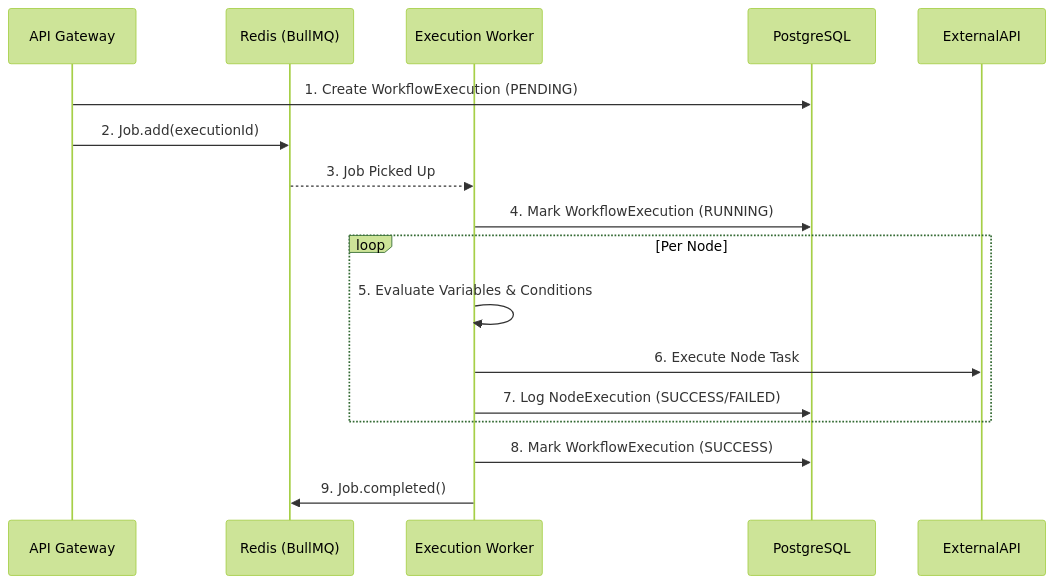
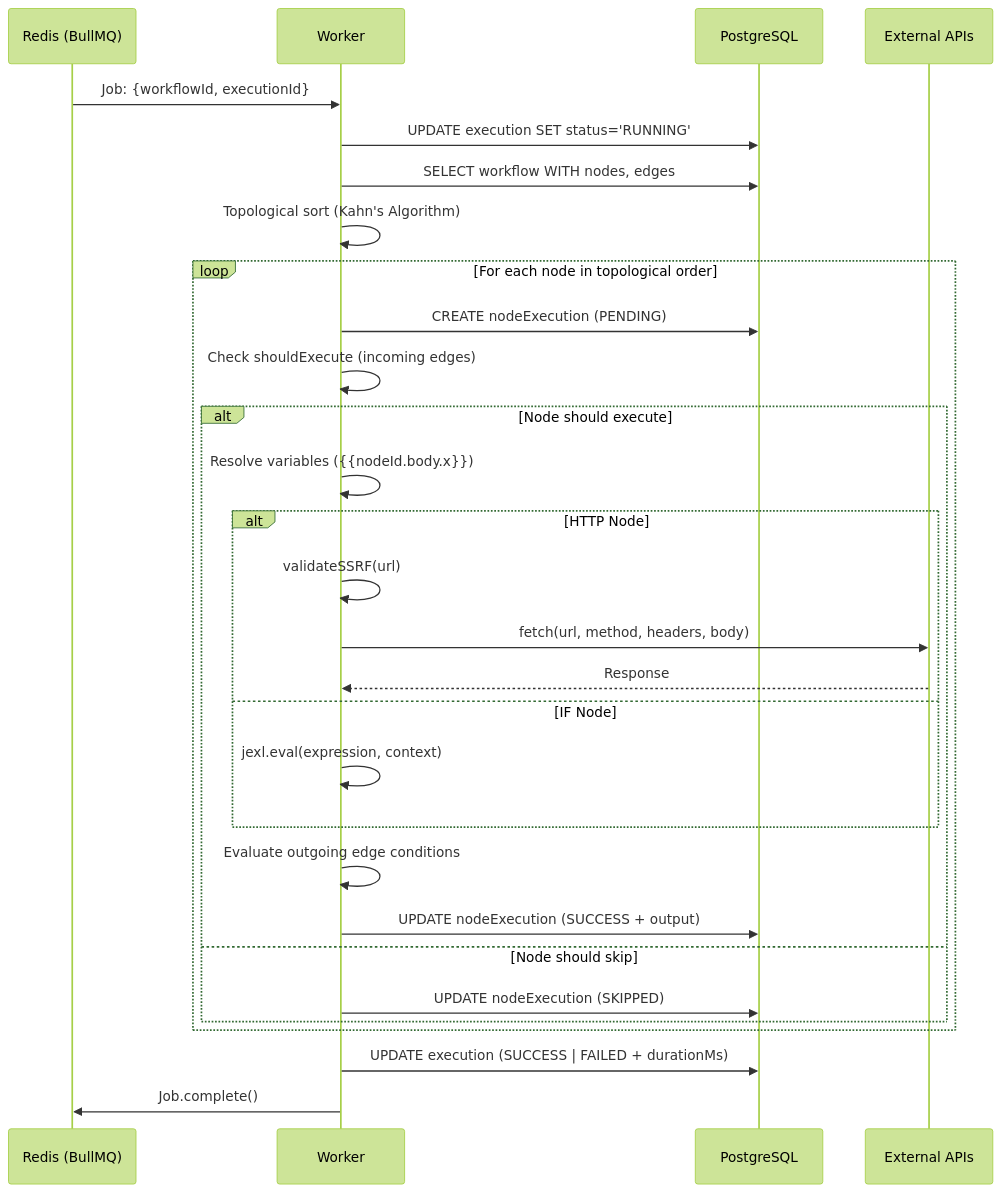
Before and after one commit to Ayush-o1/StarGate: the third of 6 diagrams in docs/architecture.md, drawn with Mermaid (forest theme). The commit also changed other lines of this file and 68 other files, not shown here.

````diff
--- a/docs/architecture.md
+++ b/docs/architecture.md
@@ -80,21 +195,35 @@
 ```mermaid
 sequenceDiagram
-    participant API as API Gateway
-    participant Redis as Redis (BullMQ)
-    participant Worker as Execution Worker
+    participant Q as Redis (BullMQ)
+    participant W as Worker
     participant DB as PostgreSQL
+    participant EXT as External APIs
+
+    Q->>W: Job: {workflowId, executionId}
+    W->>DB: UPDATE execution SET status='RUNNING'
+    W->>DB: SELECT workflow WITH nodes, edges
+    W->>W: Topological sort (Kahn's Algorithm)
     
-    API->>DB: 1. Create WorkflowExecution (PENDING)
-    API->>Redis: 2. Job.add(executionId)
-    Redis-->>Worker: 3. Job Picked Up
-    Worker->>DB: 4. Mark WorkflowExecution (RUNNING)
-    
-    loop Per Node
-        Worker->>Worker: 5. Evaluate Variables & Conditions
-        Worker->>ExternalAPI: 6. Execute Node Task
-        Worker->>DB: 7. Log NodeExecution (SUCCESS/FAILED)
+    loop For each node in topological order
+        W->>DB: CREATE nodeExecution (PENDING)
+        W->>W: Check shouldExecute (incoming edges)
+        
+        alt Node should execute
+            W->>W: Resolve variables ({{nodeId.body.x}})
+            alt HTTP Node
+                W->>W: validateSSRF(url)
+                W->>EXT: fetch(url, method, headers, body)
+                EXT-->>W: Response
+            else IF Node
+                W->>W: jexl.eval(expression, context)
+            end
+            W->>W: Evaluate outgoing edge conditions
+            W->>DB: UPDATE nodeExecution (SUCCESS + output)
+        else Node should skip
+            W->>DB: UPDATE nodeExecution (SKIPPED)
+        end
     end
     
-    Worker->>DB: 8. Mark WorkflowExecution (SUCCESS)
-    Worker->>Redis: 9. Job.completed()
+    W->>DB: UPDATE execution (SUCCESS | FAILED + durationMs)
+    W->>Q: Job.complete()
 ```
````
